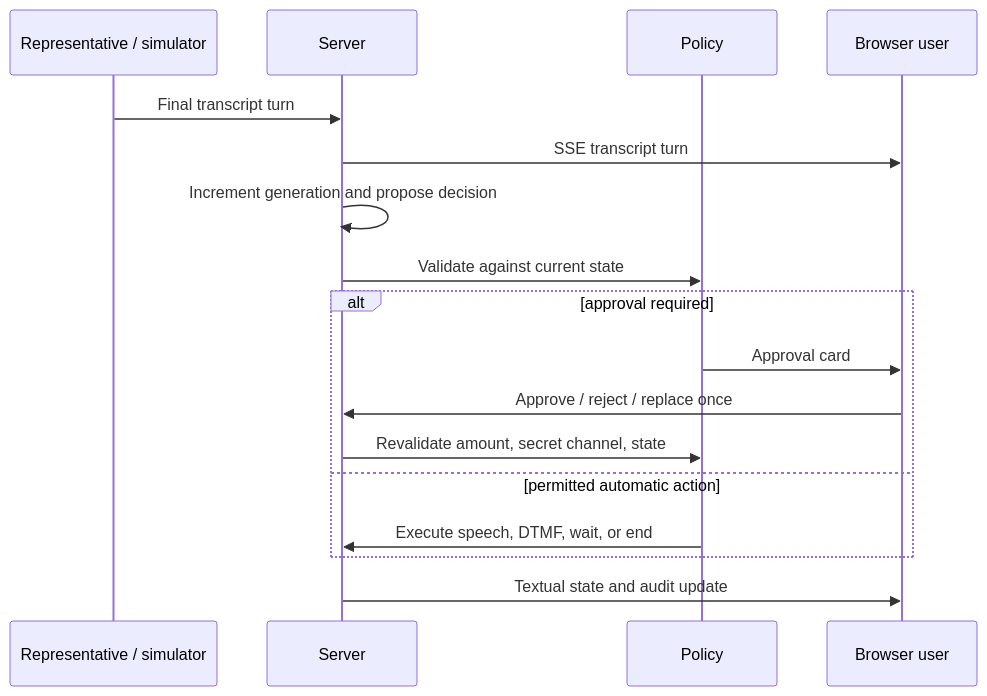
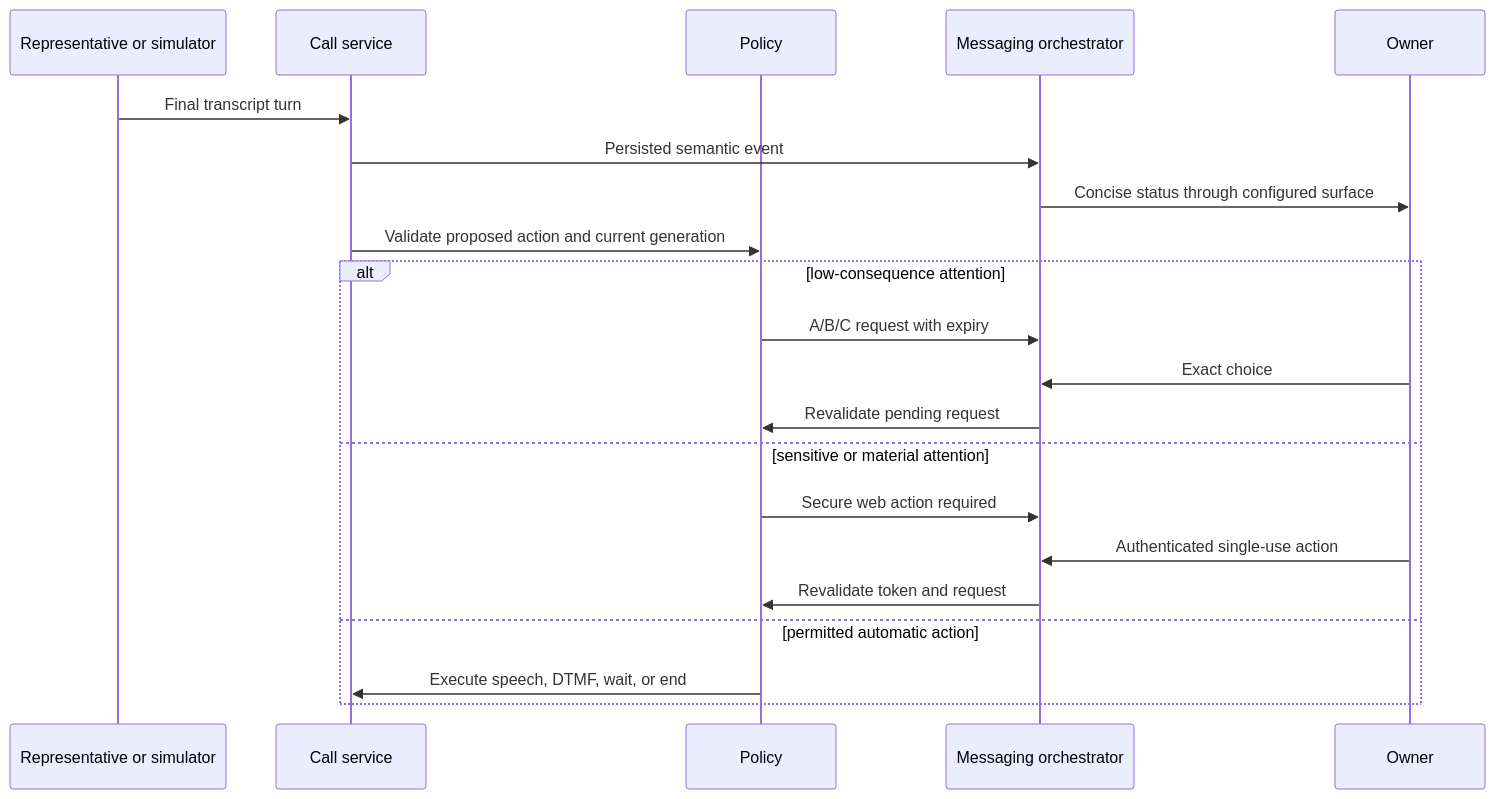
The third of 3 diagrams in docs/ARCHITECTURE.md (kaushika05/liaison), drawn with Mermaid before and after one commit. The commit also changed other lines of this file and 101 other files, not shown here.

````diff
--- a/docs/ARCHITECTURE.md
+++ b/docs/ARCHITECTURE.md
@@ -24,19 +95,23 @@
 ```mermaid
 sequenceDiagram
-  participant R as Representative / simulator
-  participant S as Server
+  participant R as Representative or simulator
+  participant C as Call service
   participant P as Policy
-  participant U as Browser user
-  R->>S: Final transcript turn
-  S->>U: SSE transcript turn
-  S->>S: Increment generation and propose decision
-  S->>P: Validate against current state
-  alt approval required
-    P->>U: Approval card
-    U->>S: Approve / reject / replace once
-    S->>P: Revalidate amount, secret channel, state
+  participant O as Messaging orchestrator
+  participant U as Owner
+  R->>C: Final transcript turn
+  C->>O: Persisted semantic event
+  O->>U: Concise status through configured surface
+  C->>P: Validate proposed action and current generation
+  alt low-consequence attention
+    P->>O: A/B/C request with expiry
+    U->>O: Exact choice
+    O->>P: Revalidate pending request
+  else sensitive or material attention
+    P->>O: Secure web action required
+    U->>O: Authenticated single-use action
+    O->>P: Revalidate token and request
   else permitted automatic action
-    P->>S: Execute speech, DTMF, wait, or end
+    P->>C: Execute speech, DTMF, wait, or end
   end
-  S->>U: Textual state and audit update
 ```
````
